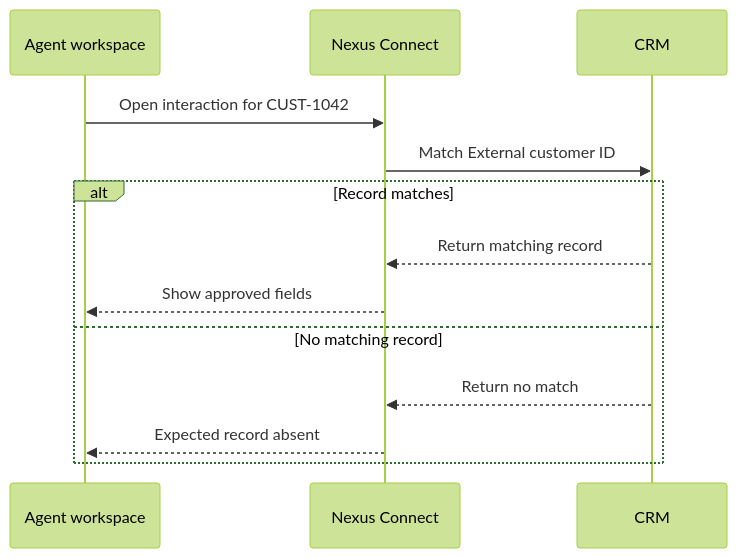
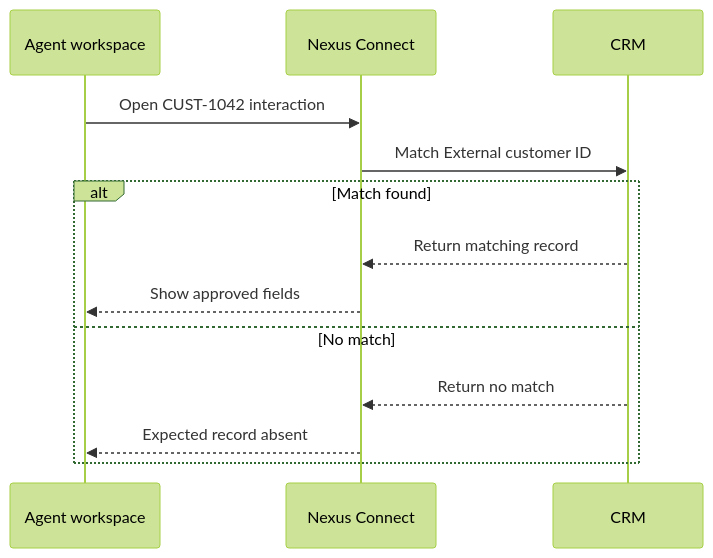
Before and after one commit to baysalkerem/technical-writing-portfolio: the diagram in docs/integrations/crm-connection.md, drawn with Mermaid (forest theme). The commit also changed 4 other files, not shown here.

Commit message:
Restyle portfolio diagrams for light and dark modes

````diff
--- a/docs/integrations/crm-connection.md
+++ b/docs/integrations/crm-connection.md
@@ -31,17 +31,17 @@
 ```mermaid
 sequenceDiagram
     accTitle: CRM record lookup for a test interaction
     accDescr: The agent opens an interaction with Customer ID CUST-1042. Nexus Connect looks up a CRM record with the same External customer ID. On a match, the Customer panel displays approved fields. If the expected record is missing, verify the mapping and test data.
     participant Workspace as Agent workspace
     participant Nexus as Nexus Connect
     participant CRM
-    Workspace->>Nexus: Open interaction for CUST-1042
+    Workspace->>Nexus: Open CUST-1042 interaction
     Nexus->>CRM: Match External customer ID
-    alt Record matches
+    alt Match found
         CRM-->>Nexus: Return matching record
         Nexus-->>Workspace: Show approved fields
-    else No matching record
+    else No match
         CRM-->>Nexus: Return no match
         Nexus-->>Workspace: Expected record absent
     end
 ```
````
